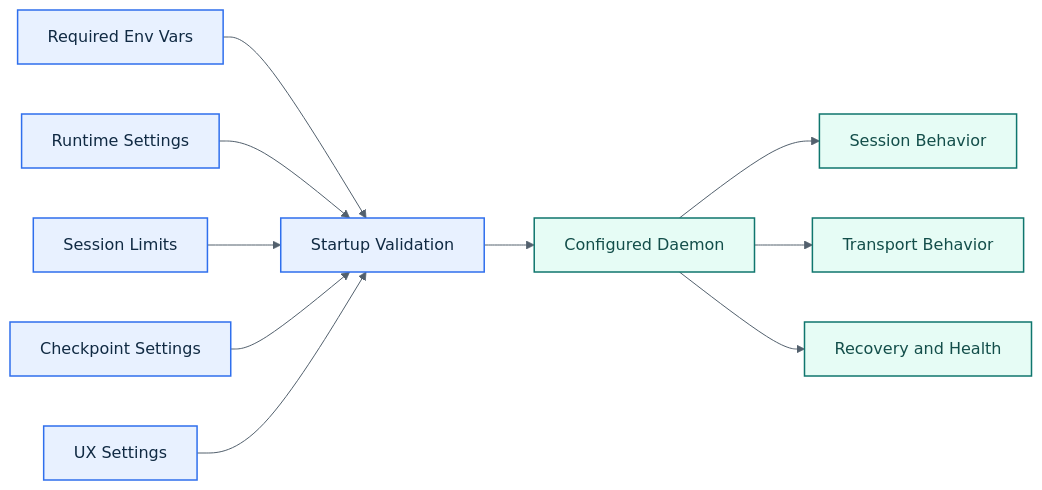
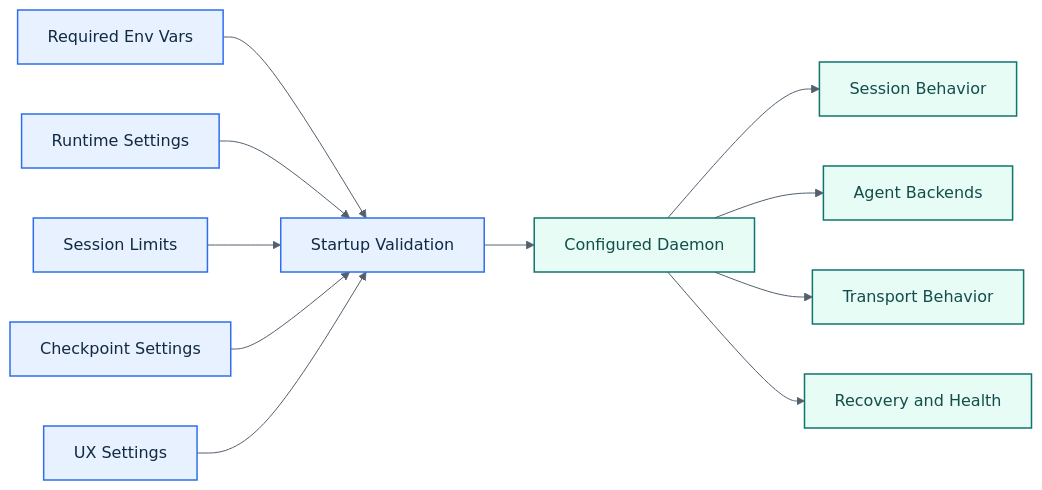
The diagram in docs/configuration.md (mattstechadventures/cc-conductor), drawn with Mermaid before and after one commit. The commit also changed other lines of this file and 66 other files, not shown here.

````diff
--- a/docs/configuration.md
+++ b/docs/configuration.md
@@ -5,20 +5,21 @@
 ```mermaid
 %%{init: {'theme':'base','themeVariables': {'background':'#ffffff','primaryColor':'#E8F1FF','primaryTextColor':'#102A43','primaryBorderColor':'#2F6FED','lineColor':'#52606D','secondaryColor':'#E6FCF5','tertiaryColor':'#FFF4E6','fontFamily':'Segoe UI, Arial, sans-serif'}}}%%
 flowchart LR
     Required[Required Env Vars] --> Startup[Startup Validation]
     Runtime[Runtime Settings] --> Startup
     Limits[Session Limits] --> Startup
     Checkpoints[Checkpoint Settings] --> Startup
     UX[UX Settings] --> Startup
     Startup --> Daemon[Configured Daemon]
     Daemon --> Sessions[Session Behavior]
+    Daemon --> Agent[Agent Backends]
     Daemon --> Transport[Transport Behavior]
     Daemon --> Recovery[Recovery and Health]
 
     classDef control fill:#E8F1FF,stroke:#2F6FED,color:#102A43,stroke-width:1.5px;
     classDef runtime fill:#E6FCF5,stroke:#0F766E,color:#134E4A,stroke-width:1.5px;
     classDef storage fill:#FFF7E6,stroke:#D97706,color:#7C2D12,stroke-width:1.5px;
 
     class Required,Runtime,Limits,Checkpoints,UX,Startup control;
-    class Daemon,Sessions,Transport,Recovery runtime;
+    class Daemon,Sessions,Agent,Transport,Recovery runtime;
 ```
````
